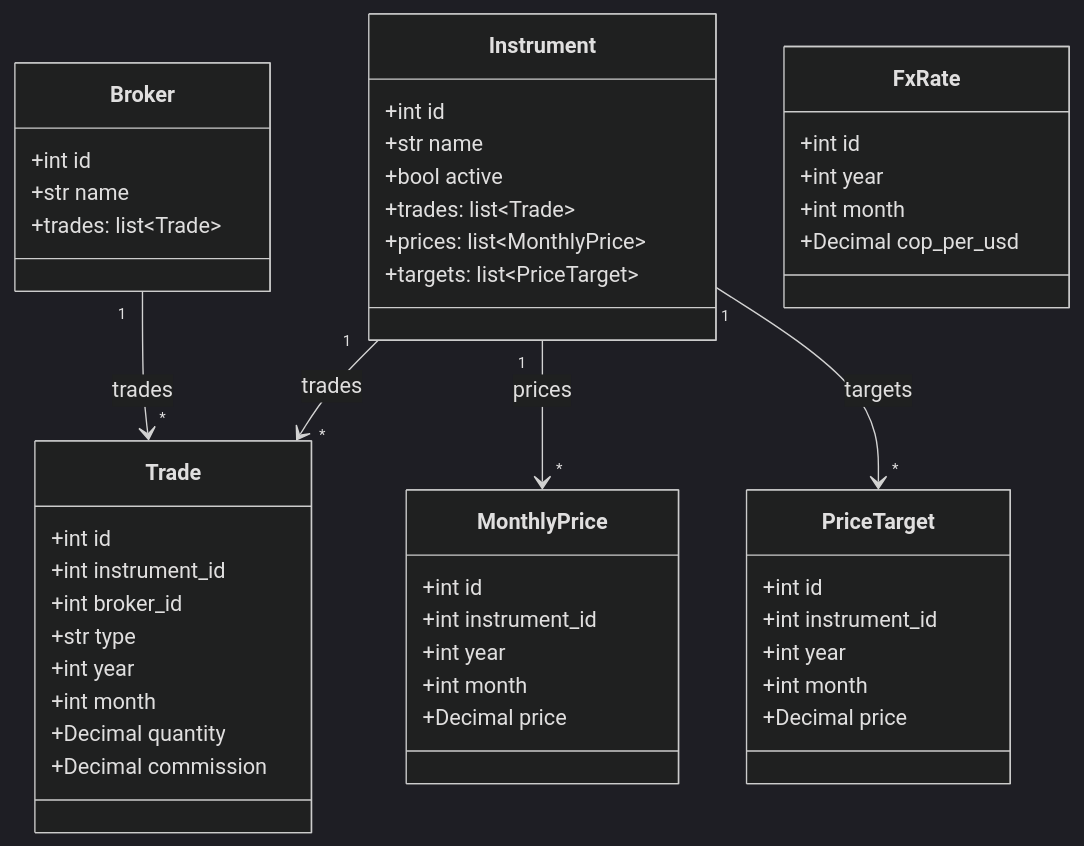
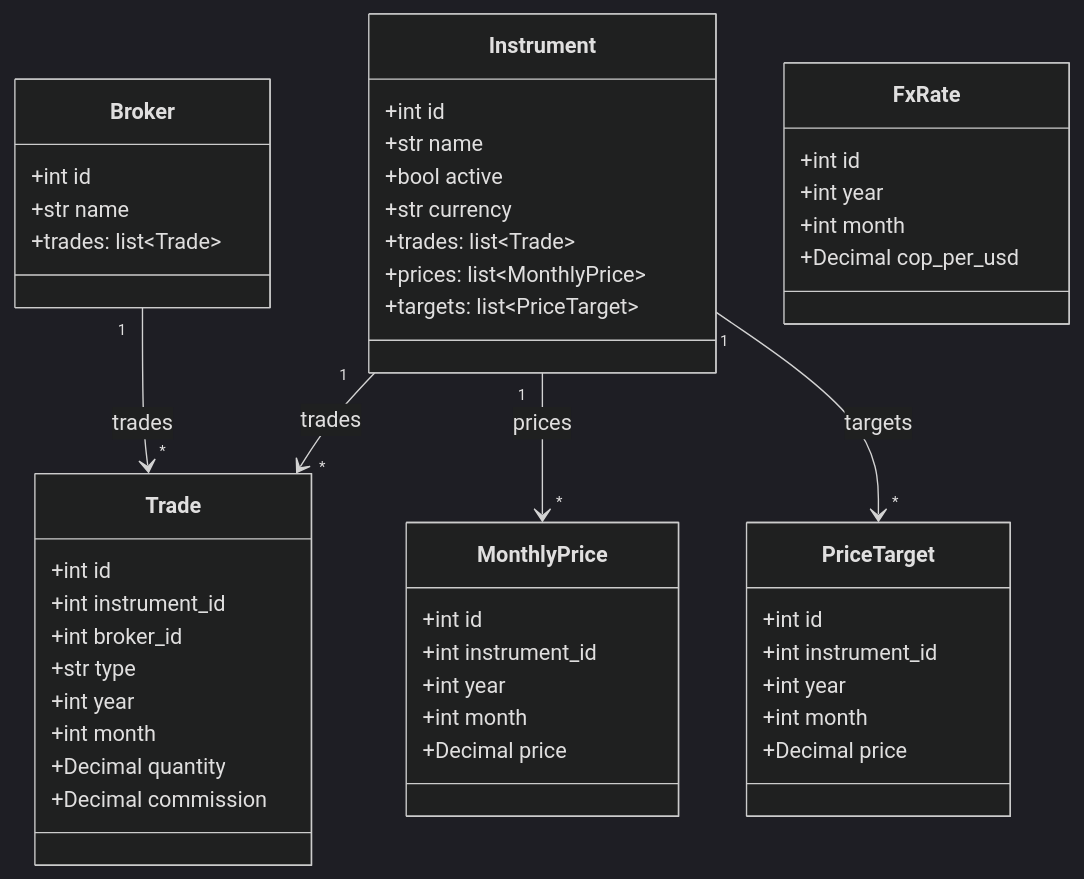
Before and after one commit to sebasvalencia/stocks: the third of 3 diagrams in README.md, drawn with Mermaid (dark theme). The commit also changed other lines of this file and 2 other files, not shown here.

````diff
--- a/README.md
+++ b/README.md
@@ -385,51 +266,52 @@
 ```mermaid
 classDiagram
   class Broker {
     +int id
     +str name
     +trades: list~Trade~
   }
   class Instrument {
     +int id
     +str name
     +bool active
+    +str currency
     +trades: list~Trade~
     +prices: list~MonthlyPrice~
     +targets: list~PriceTarget~
   }
   class Trade {
     +int id
     +int instrument_id
     +int broker_id
     +str type
     +int year
     +int month
     +Decimal quantity
     +Decimal commission
   }
   class MonthlyPrice {
     +int id
     +int instrument_id
     +int year
     +int month
     +Decimal price
   }
   class PriceTarget {
     +int id
     +int instrument_id
     +int year
     +int month
     +Decimal price
   }
   class FxRate {
     +int id
     +int year
     +int month
     +Decimal cop_per_usd
   }
 
   Broker "1" --> "*" Trade : trades
   Instrument "1" --> "*" Trade : trades
   Instrument "1" --> "*" MonthlyPrice : prices
   Instrument "1" --> "*" PriceTarget : targets
 ```
````
